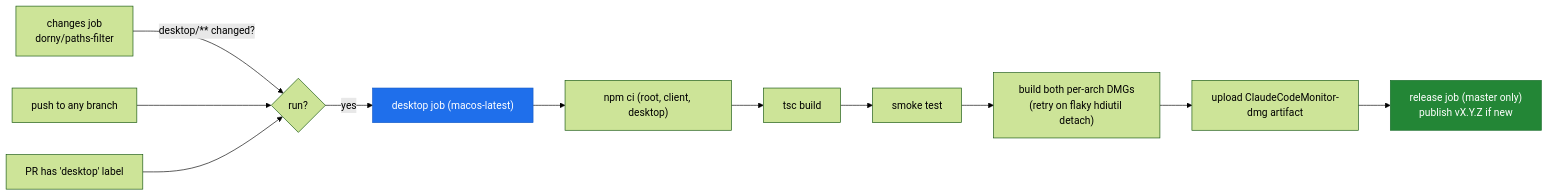
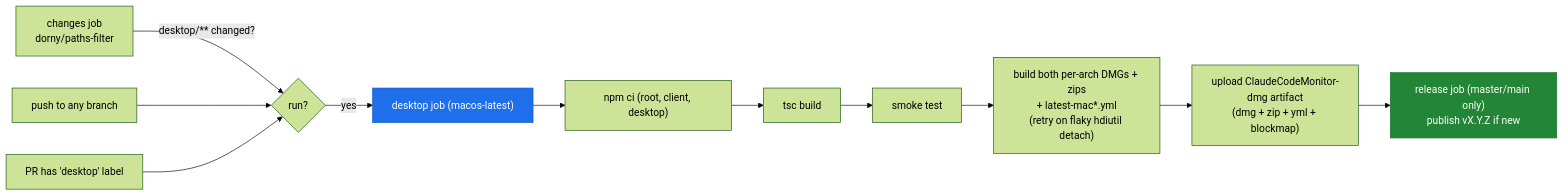
One commit to buluma/Code-Agent-Monitor changed diagram 14 of 15 in desktop/README.md. Above: the diagram before and after it, drawn with Mermaid (forest theme). The commit also changed other lines of this file and 12 other files, not shown here.

````diff
--- a/desktop/README.md
+++ b/desktop/README.md
@@ -664,16 +733,16 @@
 ```mermaid
 flowchart LR
     ch["changes job<br/>dorny/paths-filter"] -->|"desktop/** changed?"| gate{run?}
     push["push to any branch"] --> gate
     label["PR has 'desktop' label"] --> gate
     gate -->|yes| job["desktop job (macos-latest)"]
     job --> j1["npm ci (root, client, desktop)"]
     j1 --> j2["tsc build"]
     j2 --> j3["smoke test"]
-    j3 --> j4["build both per-arch DMGs<br/>(retry on flaky hdiutil detach)"]
-    j4 --> j5["upload ClaudeCodeMonitor-dmg artifact"]
-    j5 --> rel["release job (master only)<br/>publish vX.Y.Z if new"]
+    j3 --> j4["build both per-arch DMGs + zips<br/>+ latest-mac*.yml<br/>(retry on flaky hdiutil detach)"]
+    j4 --> j5["upload ClaudeCodeMonitor-dmg artifact<br/>(dmg + zip + yml + blockmap)"]
+    j5 --> rel["release job (master/main only)<br/>publish vX.Y.Z if new"]
 
     style job fill:#1f6feb,stroke:#1158c7,color:#fff
     style rel fill:#238636,stroke:#1a6e2c,color:#fff
 ```
````
